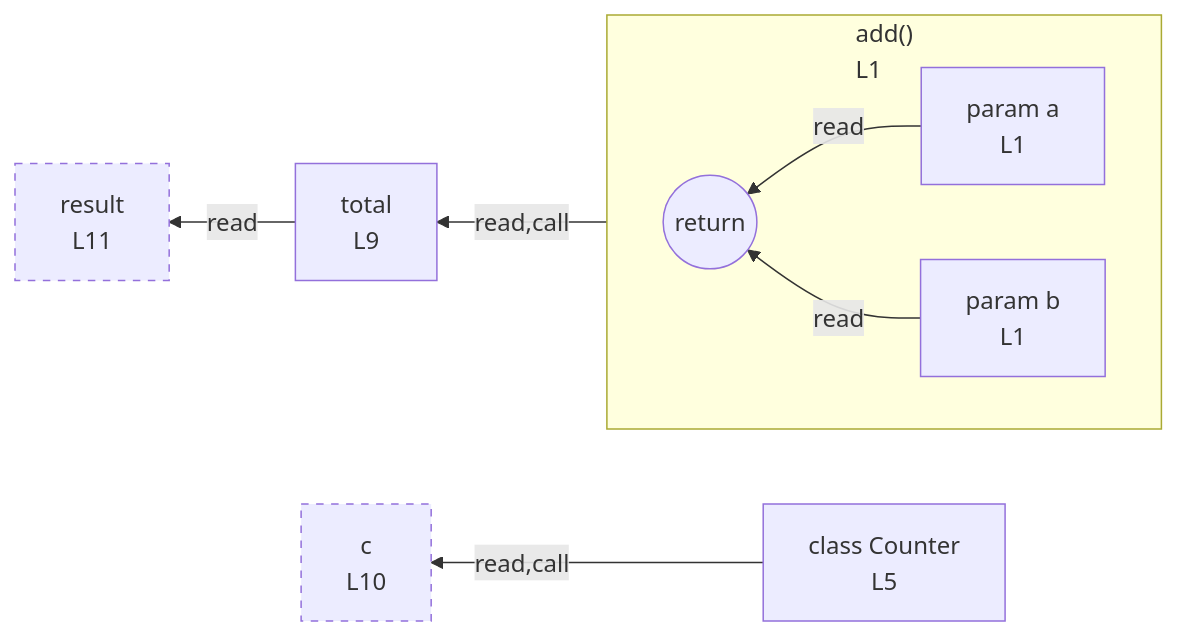
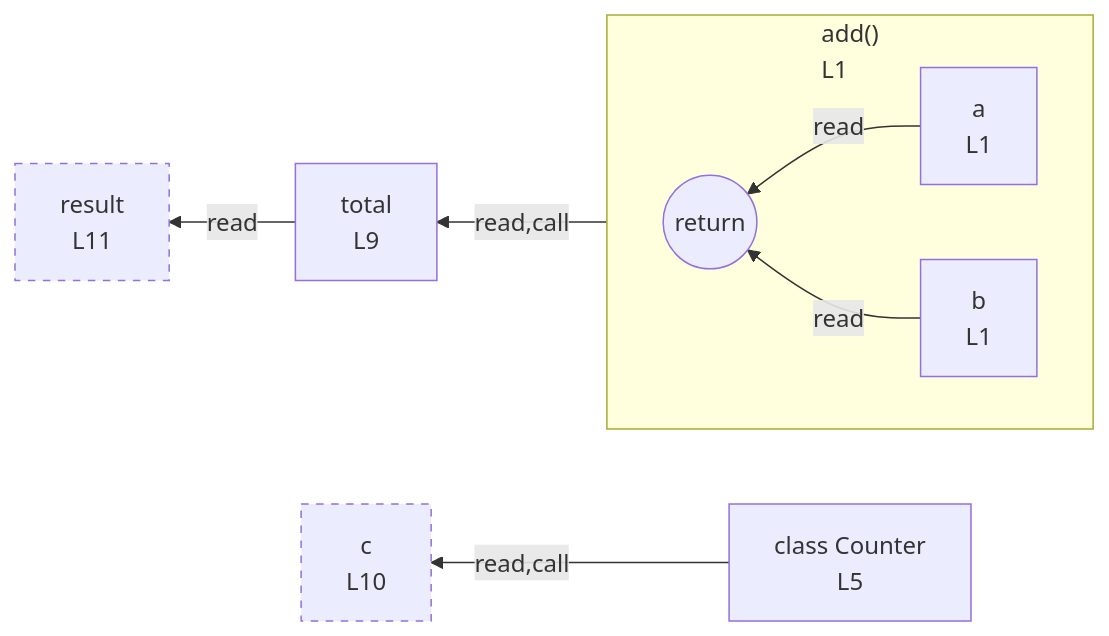
One commit to crescware/unsnarl changed the diagram in integration/fixtures/function-and-class/preview.md. Above: the diagram before and after it, drawn with Mermaid. The commit also changed 5 other files, not shown here.

First line of the commit message:
refactor(mermaid): drop "param" prefix from Parameter labels

````diff
--- a/integration/fixtures/function-and-class/preview.md
+++ b/integration/fixtures/function-and-class/preview.md
@@ -21,21 +21,21 @@
 ```mermaid
 flowchart RL
   subgraph n_scope_0_add_9["add()<br/>L1"]
     direction RL
     return_scope_0_add_9((return))
-    n_scope_1_a_13["param a<br/>L1"]
-    n_scope_1_b_24["param b<br/>L1"]
+    n_scope_1_a_13["a<br/>L1"]
+    n_scope_1_b_24["b<br/>L1"]
   end
   n_scope_0_Counter_62["class Counter<br/>L5"]
   n_scope_0_total_94["total<br/>L9"]
   n_scope_0_c_119["c<br/>L10"]
   n_scope_0_result_144["result<br/>L11"]
   n_scope_1_a_13 -->|read| return_scope_0_add_9
   n_scope_1_b_24 -->|read| return_scope_0_add_9
   n_scope_0_add_9 -->|read,call| n_scope_0_total_94
   n_scope_0_Counter_62 -->|read,call| n_scope_0_c_119
   n_scope_0_total_94 -->|read| n_scope_0_result_144
   classDef unused stroke-dasharray: 5 5;
   class n_scope_0_c_119 unused;
   class n_scope_0_result_144 unused;
 ```
````
